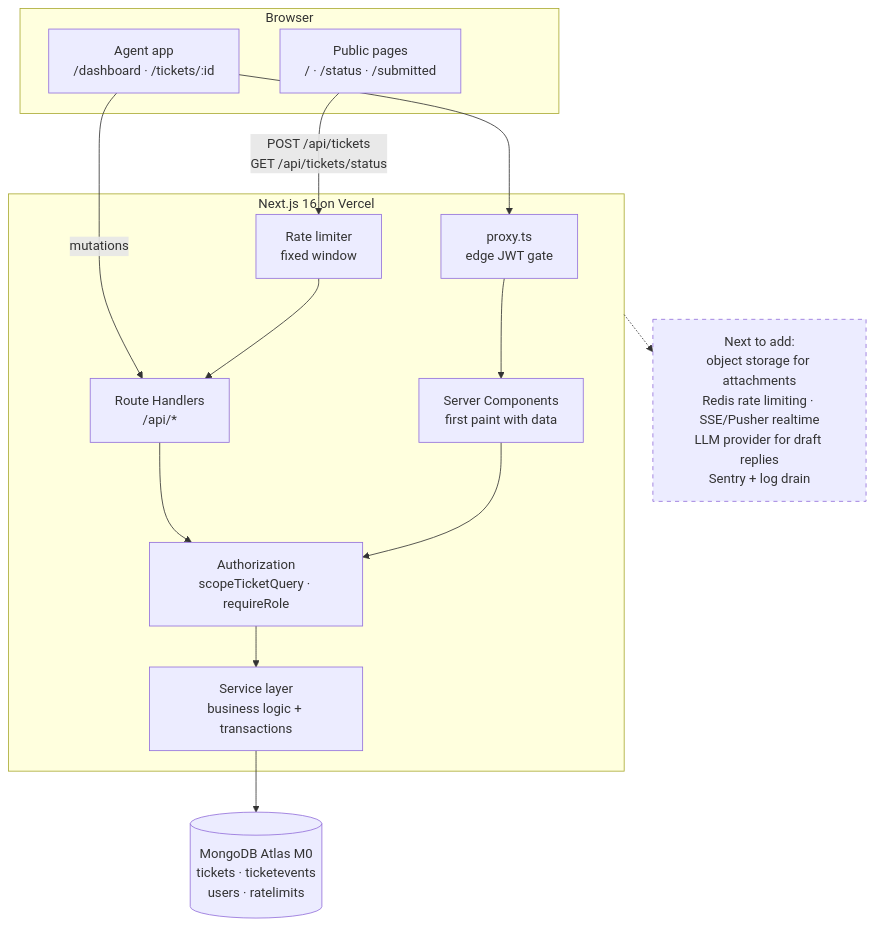
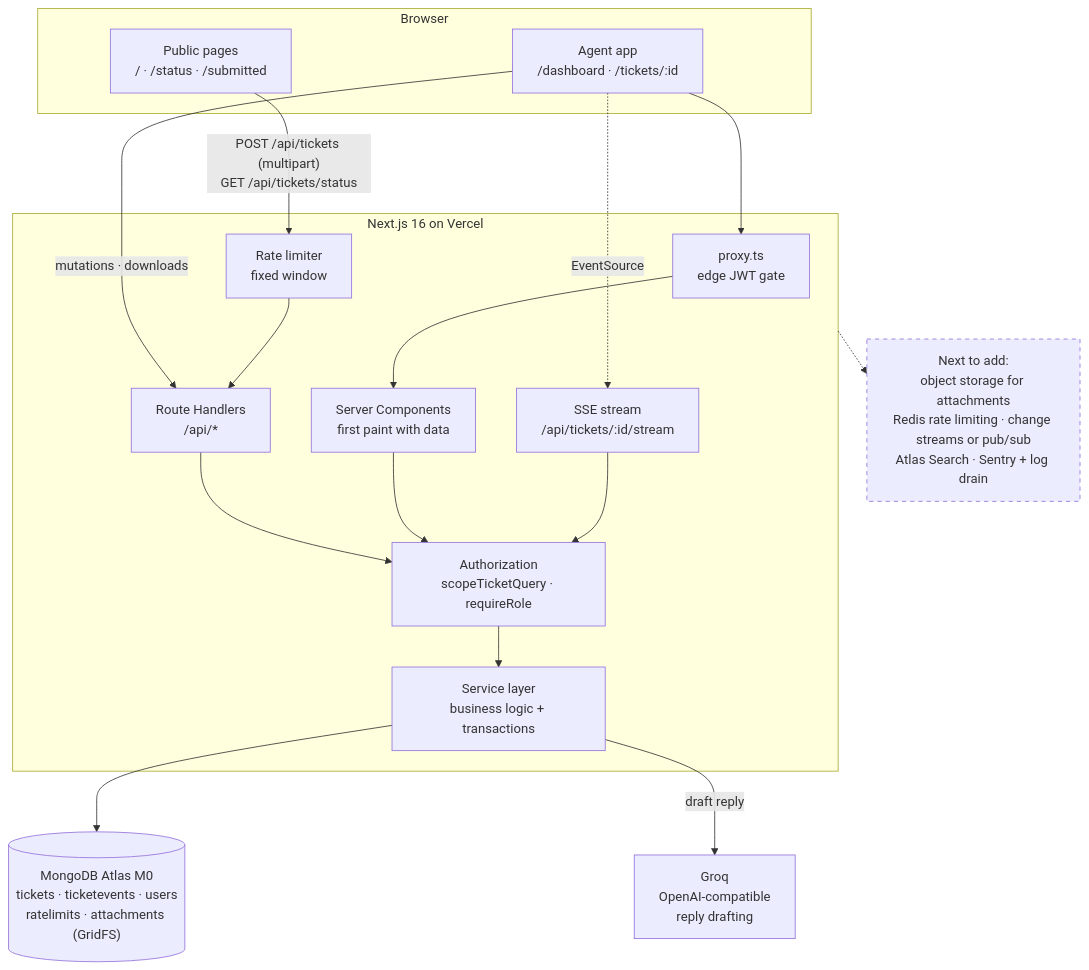
The diagram in ARCHITECTURE.md (aizen299/project-xrise), drawn with Mermaid before and after one commit. The commit also changed other lines of this file and 15 other files, not shown here.

Commit message:
feat: real-time SSE updates, GridFS attachments, and corrected architecture diagram

````diff
--- a/ARCHITECTURE.md
+++ b/ARCHITECTURE.md
@@ -9,29 +9,34 @@
 ```mermaid
 flowchart TB
   subgraph browser["Browser"]
     PUB["Public pages<br/>/ · /status · /submitted"]
     APP["Agent app<br/>/dashboard · /tickets/:id"]
   end
 
   subgraph vercel["Next.js 16 on Vercel"]
     PROXY["proxy.ts<br/>edge JWT gate"]
     RSC["Server Components<br/>first paint with data"]
     RH["Route Handlers<br/>/api/*"]
+    SSE["SSE stream<br/>/api/tickets/:id/stream"]
     SVC["Service layer<br/>business logic + transactions"]
     AUTHZ["Authorization<br/>scopeTicketQuery · requireRole"]
     RL["Rate limiter<br/>fixed window"]
   end
 
-  DB[("MongoDB Atlas M0<br/>tickets · ticketevents<br/>users · ratelimits")]
+  DB[("MongoDB Atlas M0<br/>tickets · ticketevents · users<br/>ratelimits · attachments (GridFS)")]
+  LLM["Groq<br/>OpenAI-compatible<br/>reply drafting"]
 
-  PUB -->|"POST /api/tickets<br/>GET /api/tickets/status"| RL
+  PUB -->|"POST /api/tickets (multipart)<br/>GET /api/tickets/status"| RL
   RL --> RH
   APP --> PROXY --> RSC
-  APP -->|"mutations"| RH
+  APP -->|"mutations · downloads"| RH
+  APP -.->|"EventSource"| SSE
+  SSE --> AUTHZ
   RSC --> AUTHZ
   RH --> AUTHZ --> SVC --> DB
+  SVC -->|"draft reply"| LLM
 
-  EXT["Next to add:<br/>object storage for attachments<br/>Redis rate limiting · SSE/Pusher realtime<br/>LLM provider for draft replies<br/>Sentry + log drain"]
+  EXT["Next to add:<br/>object storage for attachments<br/>Redis rate limiting · change streams or pub/sub<br/>Atlas Search · Sentry + log drain"]
   style EXT stroke-dasharray: 5 5
   vercel -.-> EXT
 ```
````
